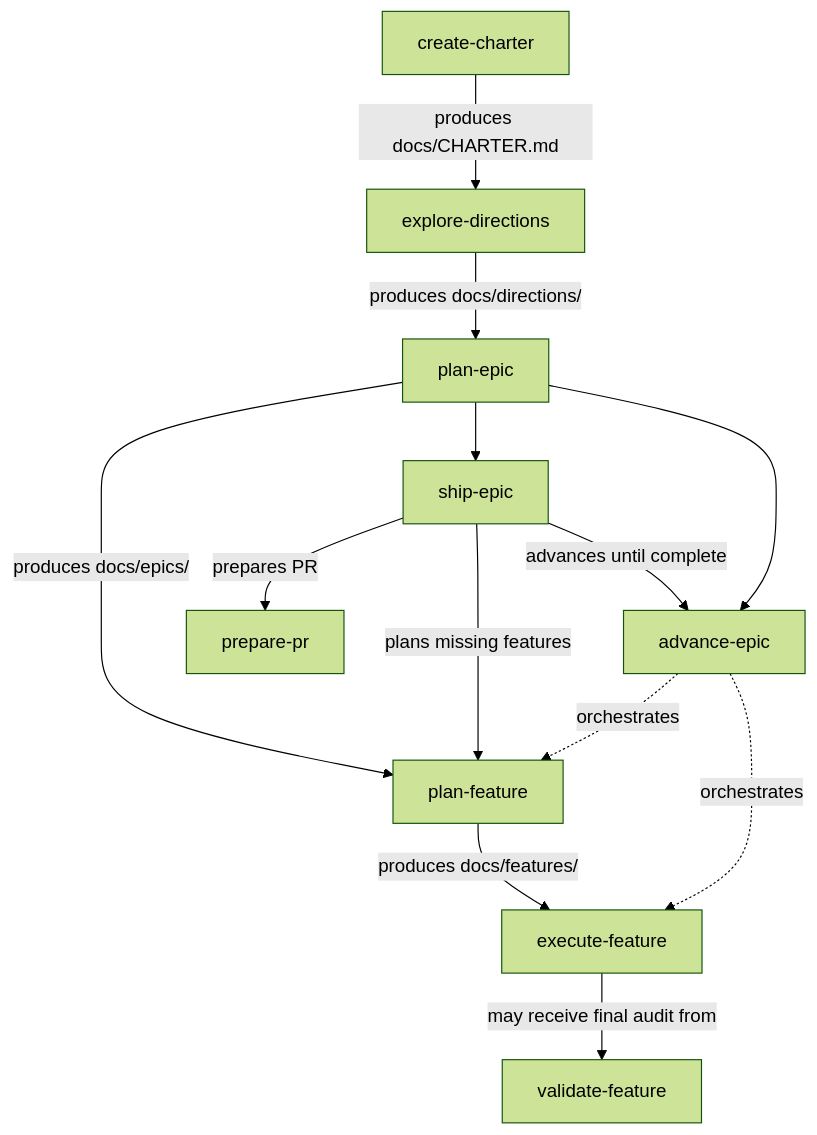
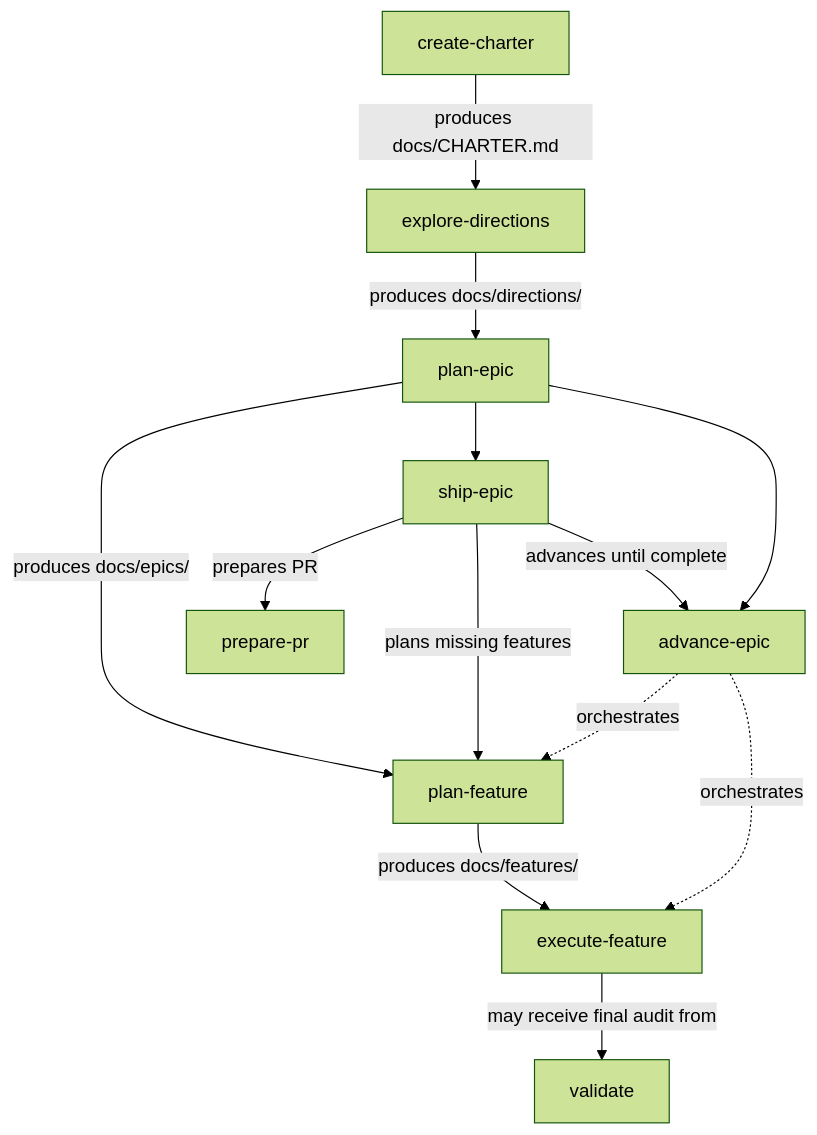
One commit to pnewsam/skills changed the second of 6 diagrams in README.md. Above: the diagram before and after it, drawn with Mermaid (forest theme). The commit also changed other lines of this file, not shown here.

First line of the commit message:
docs(readme): reflect analyze/validate collapse and the redundancy eviction

````diff
--- a/README.md
+++ b/README.md
@@ -116,15 +116,15 @@
 ```mermaid
 flowchart TD
     CC[create-charter] -->|produces docs/CHARTER.md| ED[explore-directions]
     ED -->|produces docs/directions/| PE[plan-epic]
     PE -->|produces docs/epics/| PF[plan-feature]
     PE --> SP[ship-epic]
     SP -->|plans missing features| PF
     SP -->|advances until complete| AE
     SP -->|prepares PR| PPR[prepare-pr]
     PF -->|produces docs/features/| EF[execute-feature]
-    EF -->|may receive final audit from| VF[validate-feature]
+    EF -->|may receive final audit from| VF[validate]
     PE --> AE[advance-epic]
     AE -.->|orchestrates| PF
     AE -.->|orchestrates| EF
 ```
````
